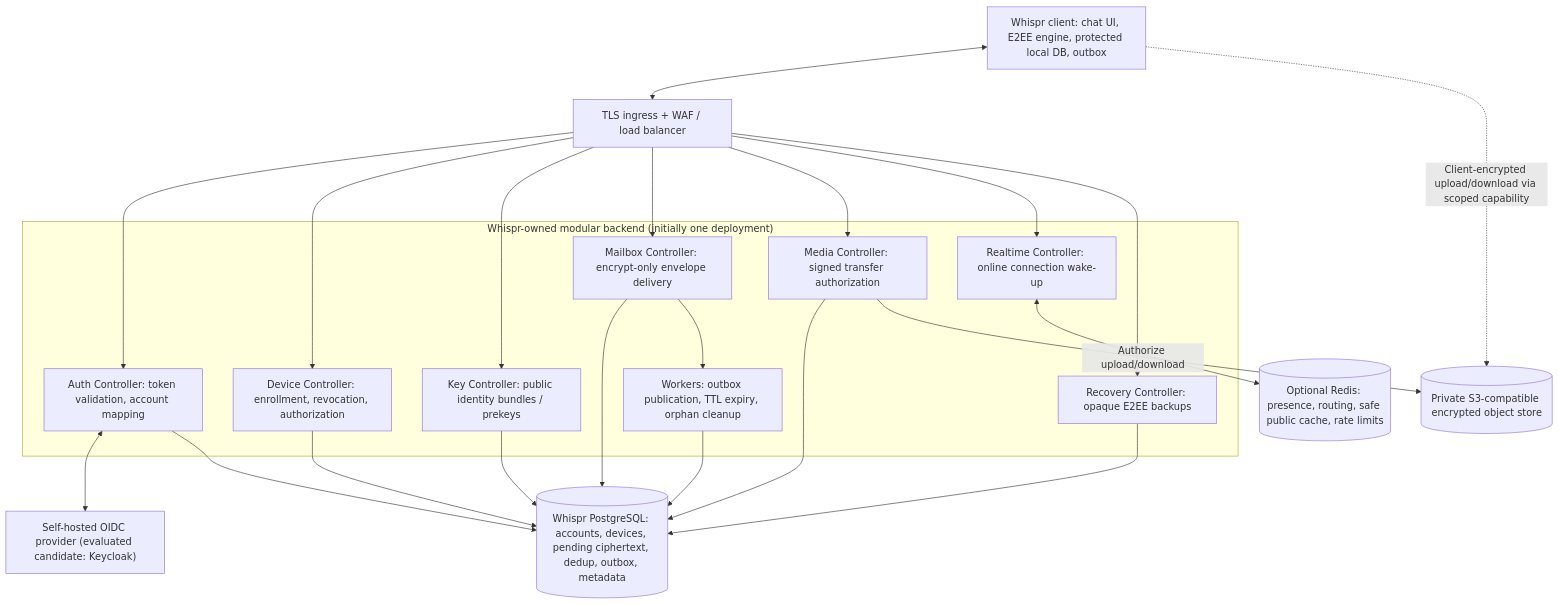
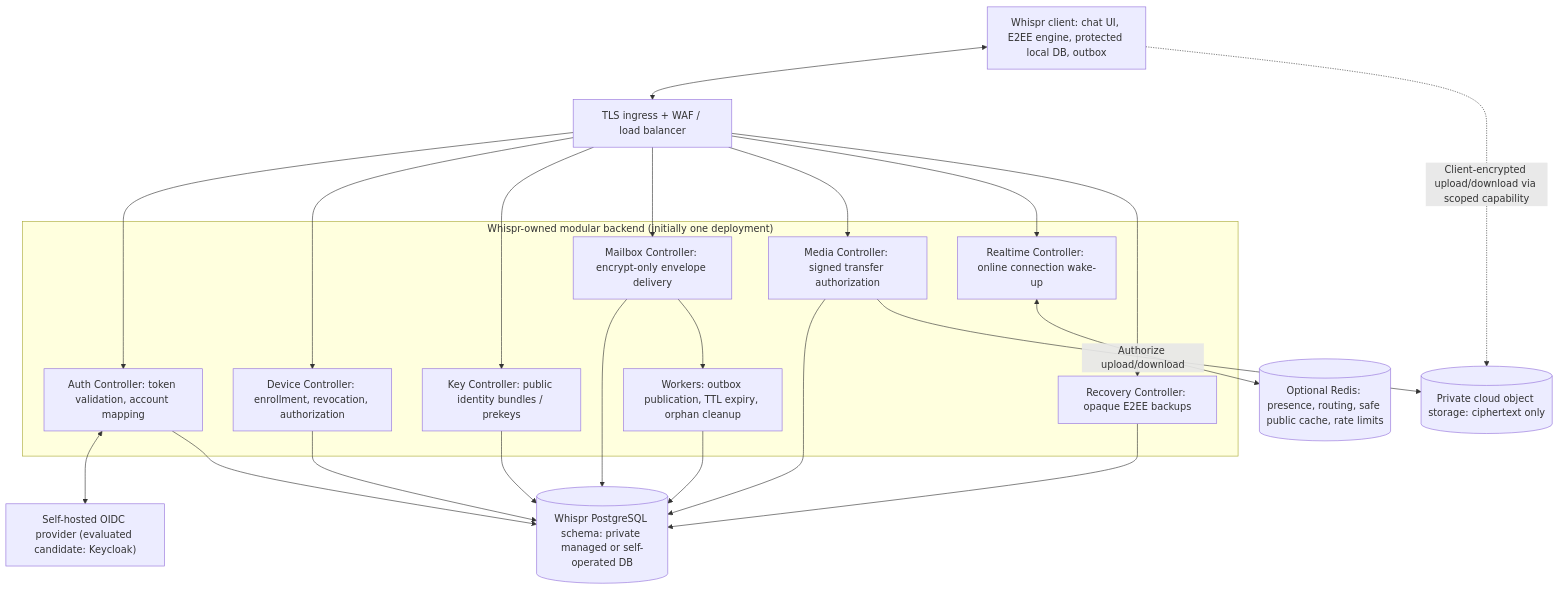
The diagram in Docs/15_Self_Hosted_Backend_and_Supabase_Exit.md (utksh1/Whispr), drawn with Mermaid before and after one commit. The commit also changed other lines of this file, not shown here.

Commit message:
docs: enable cloud-managed infrastructure in Docs/15_Self_Hosted_Backend_and_Supabase_Exit.md

````diff
--- a/Docs/15_Self_Hosted_Backend_and_Supabase_Exit.md
+++ b/Docs/15_Self_Hosted_Backend_and_Supabase_Exit.md
@@ -24,28 +32,28 @@
 ```mermaid
 flowchart TB
   A["Whispr client: chat UI, E2EE engine, protected local DB, outbox"]
   EDGE["TLS ingress + WAF / load balancer"]
   A <--> EDGE
   IDP["Self-hosted OIDC provider (evaluated candidate: Keycloak)"]
   subgraph SERVER["Whispr-owned modular backend (initially one deployment)"]
     AUTH["Auth Controller: token validation, account mapping"]
     DEVICE["Device Controller: enrollment, revocation, authorization"]
     KEYS["Key Controller: public identity bundles / prekeys"]
     MAIL["Mailbox Controller: encrypt-only envelope delivery"]
     MEDIA["Media Controller: signed transfer authorization"]
     RT["Realtime Controller: online connection wake-up"]
     BACKUP["Recovery Controller: opaque E2EE backups"]
     WORKERS["Workers: outbox publication, TTL expiry, orphan cleanup"]
   end
-  PG[("Whispr PostgreSQL: accounts, devices, pending ciphertext, dedup, outbox, metadata")]
+  PG[("Whispr PostgreSQL schema: private managed or self-operated DB")]
   REDIS[("Optional Redis: presence, routing, safe public cache, rate limits")]
-  OBJ[("Private S3-compatible encrypted object store")]
+  OBJ[("Private cloud object storage: ciphertext only")]
   EDGE --> AUTH & DEVICE & KEYS & MAIL & MEDIA & RT & BACKUP
   AUTH <--> IDP
   AUTH --> PG
   DEVICE & KEYS & MAIL & MEDIA & BACKUP & WORKERS --> PG
   RT <--> REDIS
   MAIL --> WORKERS
   MEDIA -->|"Authorize upload/download"| OBJ
   A -. "Client-encrypted upload/download via scoped capability" .-> OBJ
 ```
````
